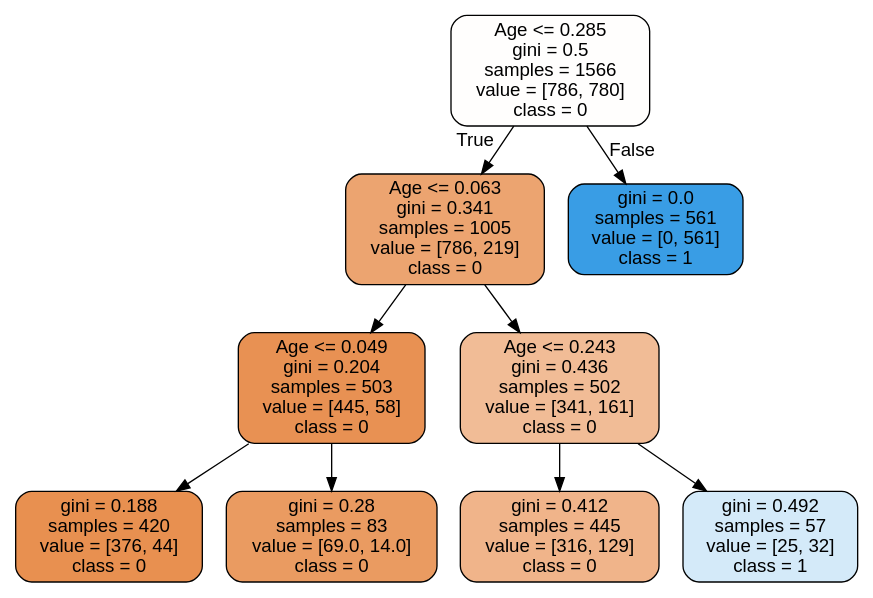
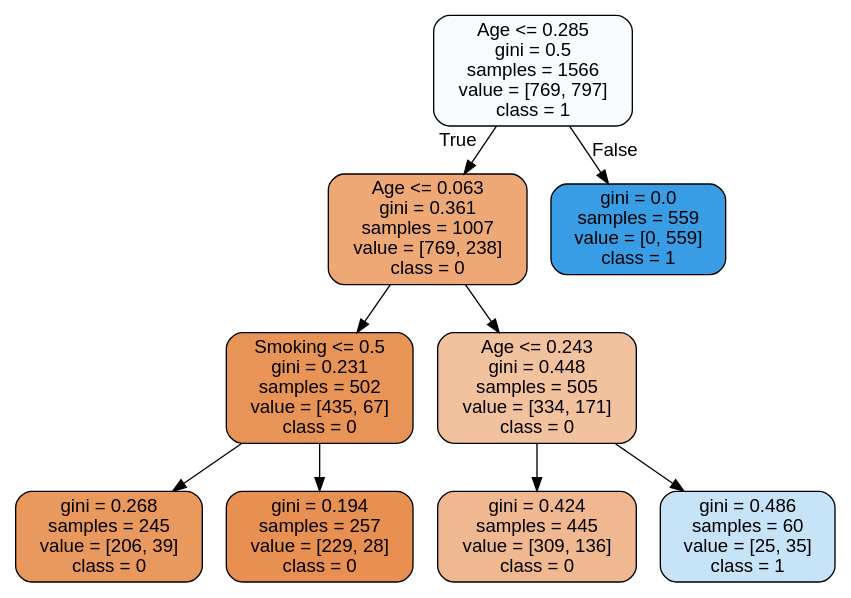
Before and after one commit to shuvosharkr/Osteoporosis-Risk-Prediction: the diagram in images/decision_trees/osteoporesis.dot, drawn with Graphviz. The commit also changed 1 other file, not shown here.

```diff
--- a/images/decision_trees/osteoporesis.dot
+++ b/images/decision_trees/osteoporesis.dot
@@ -1,21 +1,21 @@
 digraph Tree {
 node [shape=box, style="filled, rounded", color="black", fontname="helvetica"] ;
 edge [fontname="helvetica"] ;
-0 [label="Age <= 0.285\ngini = 0.5\nsamples = 1566\nvalue = [786, 780]\nclass = 0", fillcolor="#fffefd"] ;
-1 [label="Age <= 0.063\ngini = 0.341\nsamples = 1005\nvalue = [786, 219]\nclass = 0", fillcolor="#eca470"] ;
+0 [label="Age <= 0.285\ngini = 0.5\nsamples = 1566\nvalue = [769, 797]\nclass = 1", fillcolor="#f8fcfe"] ;
+1 [label="Age <= 0.063\ngini = 0.361\nsamples = 1007\nvalue = [769, 238]\nclass = 0", fillcolor="#eda876"] ;
 0 -> 1 [labeldistance=2.5, labelangle=45, headlabel="True"] ;
-2 [label="Age <= 0.049\ngini = 0.204\nsamples = 503\nvalue = [445, 58]\nclass = 0", fillcolor="#e89153"] ;
+2 [label="Smoking <= 0.5\ngini = 0.231\nsamples = 502\nvalue = [435, 67]\nclass = 0", fillcolor="#e99457"] ;
 1 -> 2 ;
-3 [label="gini = 0.188\nsamples = 420\nvalue = [376, 44]\nclass = 0", fillcolor="#e89050"] ;
+3 [label="gini = 0.268\nsamples = 245\nvalue = [206, 39]\nclass = 0", fillcolor="#ea995e"] ;
 2 -> 3 ;
-4 [label="gini = 0.28\nsamples = 83\nvalue = [69.0, 14.0]\nclass = 0", fillcolor="#ea9b61"] ;
+4 [label="gini = 0.194\nsamples = 257\nvalue = [229, 28]\nclass = 0", fillcolor="#e89051"] ;
 2 -> 4 ;
-5 [label="Age <= 0.243\ngini = 0.436\nsamples = 502\nvalue = [341, 161]\nclass = 0", fillcolor="#f1bc96"] ;
+5 [label="Age <= 0.243\ngini = 0.448\nsamples = 505\nvalue = [334, 171]\nclass = 0", fillcolor="#f2c29e"] ;
 1 -> 5 ;
-6 [label="gini = 0.412\nsamples = 445\nvalue = [316, 129]\nclass = 0", fillcolor="#f0b48a"] ;
+6 [label="gini = 0.424\nsamples = 445\nvalue = [309, 136]\nclass = 0", fillcolor="#f0b890"] ;
 5 -> 6 ;
-7 [label="gini = 0.492\nsamples = 57\nvalue = [25, 32]\nclass = 1", fillcolor="#d4eaf9"] ;
+7 [label="gini = 0.486\nsamples = 60\nvalue = [25, 35]\nclass = 1", fillcolor="#c6e3f8"] ;
 5 -> 7 ;
-8 [label="gini = 0.0\nsamples = 561\nvalue = [0, 561]\nclass = 1", fillcolor="#399de5"] ;
+8 [label="gini = 0.0\nsamples = 559\nvalue = [0, 559]\nclass = 1", fillcolor="#399de5"] ;
 0 -> 8 [labeldistance=2.5, labelangle=-45, headlabel="False"] ;
 }
```
